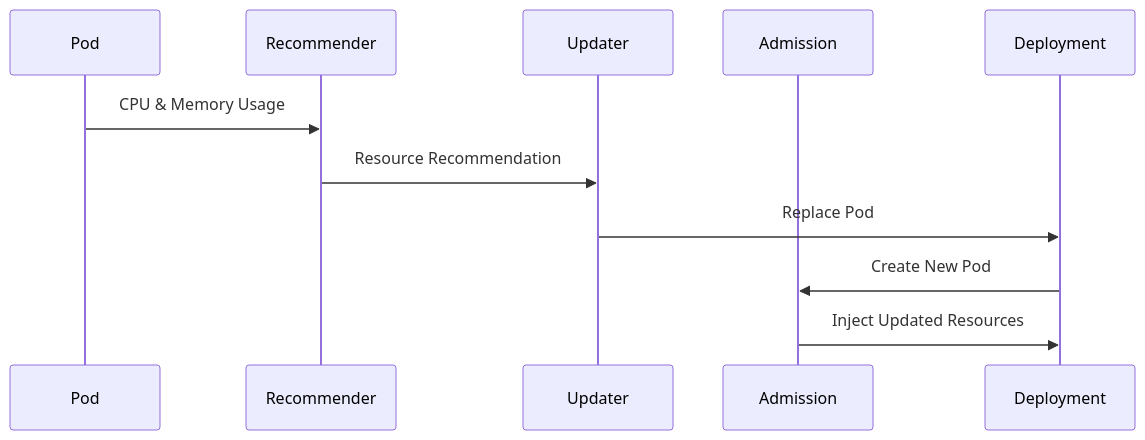
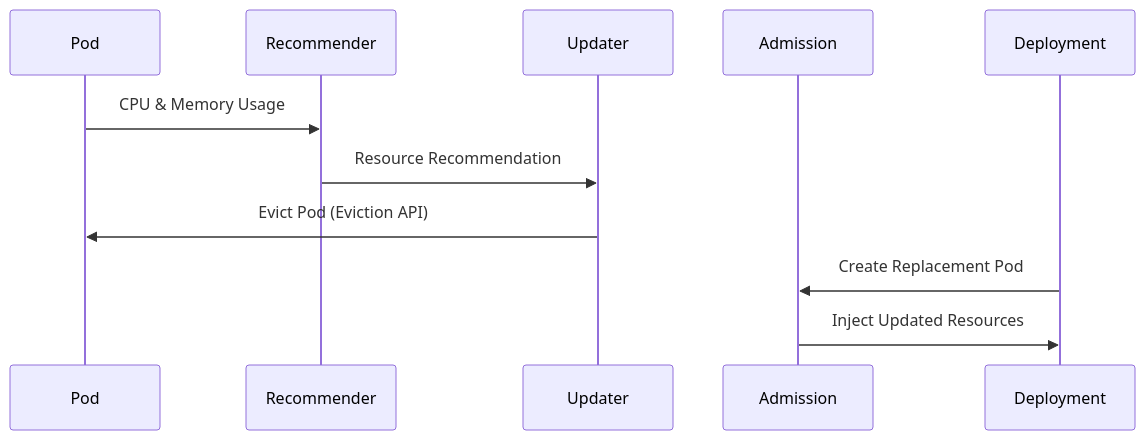
Before and after one commit to user-cube/k8s-autoscaling: the second of 2 diagrams in content/03 - Vertical Pod Autoscaler/02 - VPA Architecture.md, drawn with Mermaid. The commit also changed 18 other files, not shown here.

````diff
--- a/content/03 - Vertical Pod Autoscaler/02 - VPA Architecture.md
+++ b/content/03 - Vertical Pod Autoscaler/02 - VPA Architecture.md
@@ -109,15 +109,15 @@
 ```mermaid
 sequenceDiagram
 
 participant Pod
 participant Recommender
 participant Updater
 participant Admission
 participant Deployment
 
 Pod->>Recommender: CPU & Memory Usage
 Recommender->>Updater: Resource Recommendation
-Updater->>Deployment: Replace Pod
-Deployment->>Admission: Create New Pod
+Updater->>Pod: Evict Pod (Eviction API)
+Deployment->>Admission: Create Replacement Pod
 Admission->>Deployment: Inject Updated Resources
 ```
````
